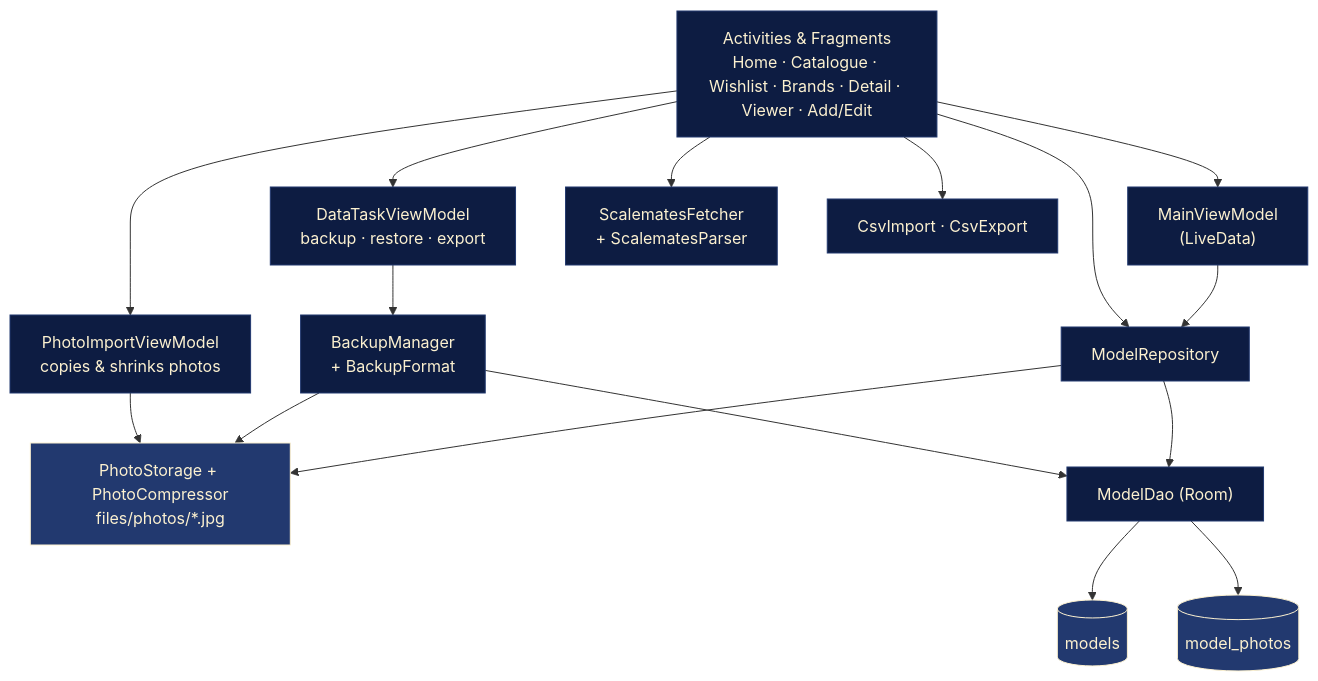
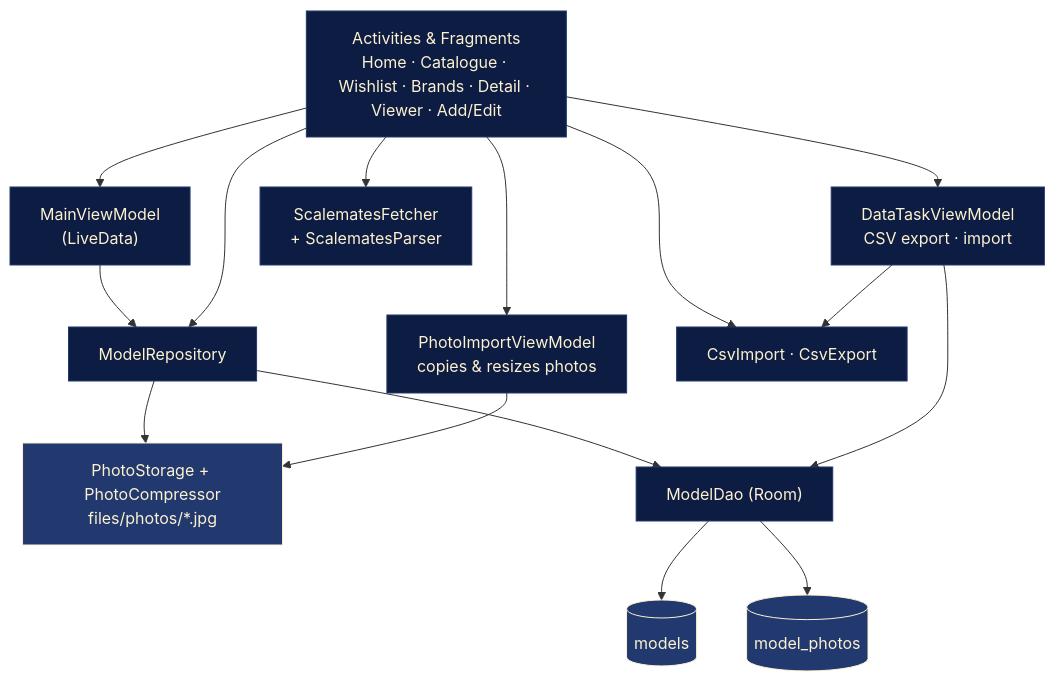
One commit to SarthakBharad-AndroidStudio/model-stash changed the diagram in README.md. Above: the diagram before and after it, drawn with Mermaid. The commit also changed other lines of this file and 13 other files, not shown here.

First line of the commit message:
feat: Implement CSV import/export functionality for model kits

````diff
--- a/README.md
+++ b/README.md
@@ -217,23 +199,22 @@
 ```mermaid
 flowchart TD
     UI["Activities & Fragments<br/>Home · Catalogue · Wishlist · Brands · Detail · Viewer · Add/Edit"] --> VM["MainViewModel<br/>(LiveData)"]
-    UI --> IVM["PhotoImportViewModel<br/>copies & shrinks photos"]
-    UI --> DVM["DataTaskViewModel<br/>backup · restore · export"]
+    UI --> IVM["PhotoImportViewModel<br/>copies & resizes photos"]
+    UI --> DVM["DataTaskViewModel<br/>CSV export · import"]
     UI --> REPO[ModelRepository]
     VM --> REPO
     IVM --> PS
-    DVM --> BM["BackupManager<br/>+ BackupFormat"]
-    BM --> DAO
-    BM --> PS
+    DVM --> DAO
+    DVM --> CSV
     REPO --> DAO["ModelDao (Room)"]
     DAO --> DB1[("models")]
     DAO --> DB2[("model_photos")]
     REPO --> PS["PhotoStorage + PhotoCompressor<br/>files/photos/*.jpg"]
     UI --> SM["ScalematesFetcher<br/>+ ScalematesParser"]
     UI --> CSV["CsvImport · CsvExport"]
 
     classDef navy fill:#0D1C42,stroke:#22396F,color:#FCF1D0
     classDef store fill:#22396F,stroke:#FCF1D0,color:#FCF1D0
-    class UI,VM,IVM,DVM,BM,REPO,DAO,SM,CSV navy
+    class UI,VM,IVM,DVM,REPO,DAO,SM,CSV navy
     class DB1,DB2,PS store
 ```
````
